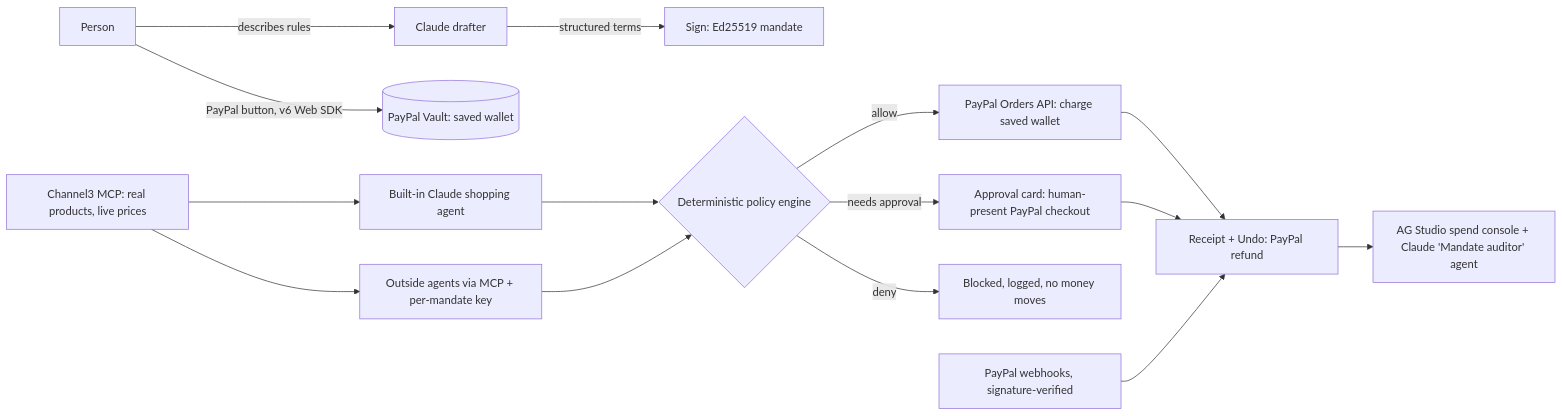
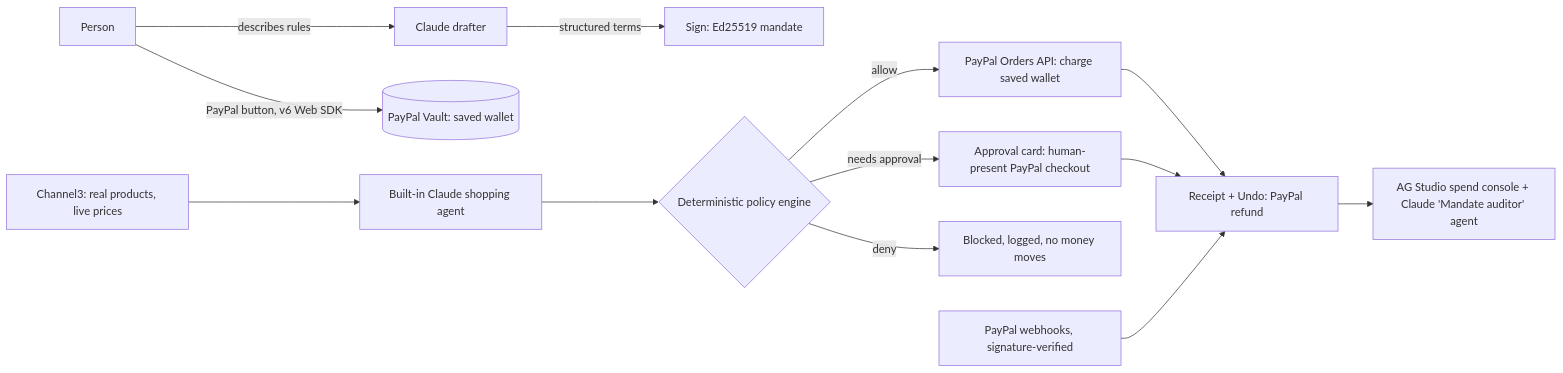
The diagram in README.md (andreyalchin/Mandate-Agentic-Ecommerce-PayPal-AI-Hackathon-2026), drawn with Mermaid before and after one commit. The commit also changed other lines of this file and 21 other files, not shown here.

Commit message:
Single built-in agent: remove MCP and outside agents; Mandates tab shows active mandates with their signed parameters

````diff
--- a/README.md
+++ b/README.md
@@ -63,17 +62,15 @@
 ```mermaid
 flowchart LR
   U[Person] -->|describes rules| D[Claude drafter]
   D -->|structured terms| S[Sign: Ed25519 mandate]
   U -->|PayPal button, v6 Web SDK| V[(PayPal Vault: saved wallet)]
   A1[Built-in Claude shopping agent] --> P
-  A2[Outside agents via MCP + per-mandate key] --> P
-  C3[Channel3 MCP: real products, live prices] --> A1
-  C3 --> A2
+  C3[Channel3: real products, live prices] --> A1
   P{Deterministic policy engine} -->|allow| O[PayPal Orders API: charge saved wallet]
   P -->|needs approval| AP[Approval card: human-present PayPal checkout]
   P -->|deny| L[Blocked, logged, no money moves]
   O --> R[Receipt + Undo: PayPal refund]
   AP --> R
   W[PayPal webhooks, signature-verified] --> R
   R --> SC[AG Studio spend console + Claude 'Mandate auditor' agent]
 ```
````
